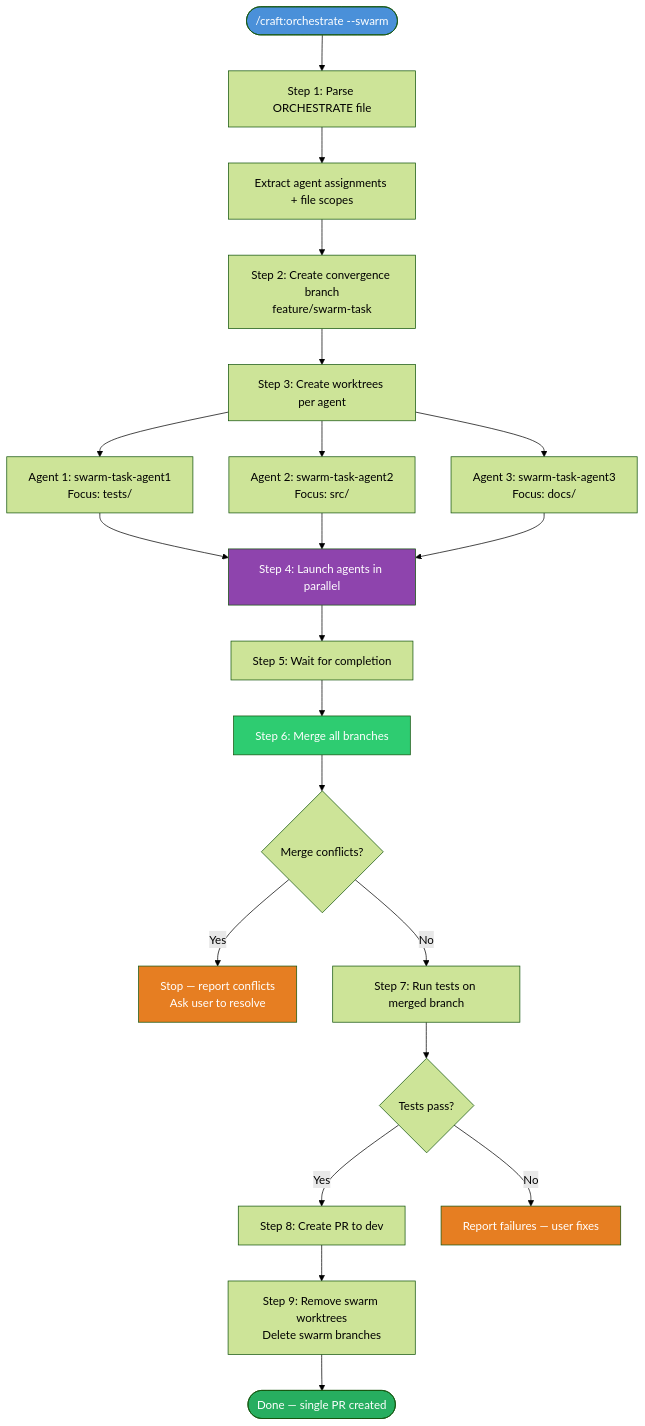
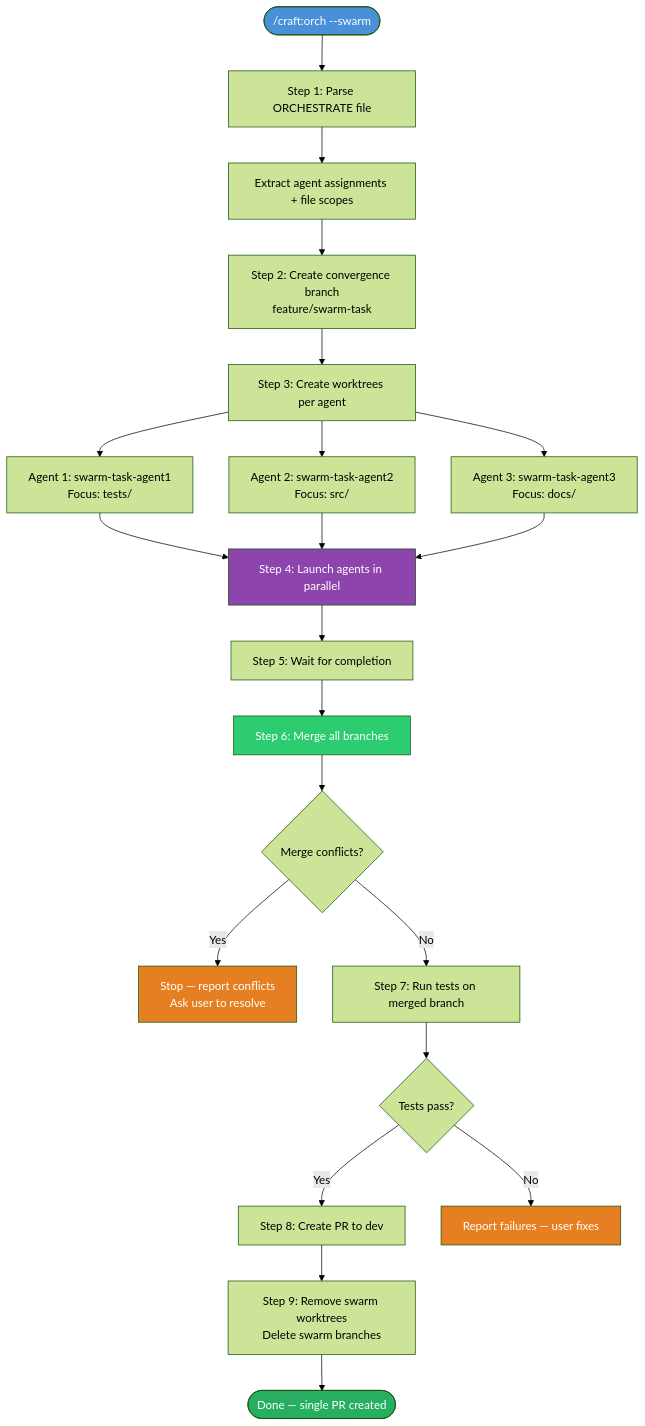
Before and after one commit to Data-Wise/craft: the seventh of 8 diagrams in docs/guide/insights-improvements-guide.md, drawn with Mermaid (forest theme). The commit also changed other lines of this file and 98 other files, not shown here.

````diff
--- a/docs/guide/insights-improvements-guide.md
+++ b/docs/guide/insights-improvements-guide.md
@@ -295,33 +295,33 @@
 ```mermaid
 flowchart TD
-    Start(["/craft:orchestrate --swarm"]) --> Parse[Step 1: Parse ORCHESTRATE file]
+    Start(["/craft:orch --swarm"]) --> Parse[Step 1: Parse ORCHESTRATE file]
     Parse --> Plan[Extract agent assignments + file scopes]
     Plan --> Base["Step 2: Create convergence branch\nfeature/swarm-task"]
 
     Base --> Agents[Step 3: Create worktrees per agent]
     Agents --> W1["Agent 1: swarm-task-agent1\nFocus: tests/"]
     Agents --> W2["Agent 2: swarm-task-agent2\nFocus: src/"]
     Agents --> W3["Agent 3: swarm-task-agent3\nFocus: docs/"]
 
     W1 --> Launch[Step 4: Launch agents in parallel]
     W2 --> Launch
     W3 --> Launch
 
     Launch --> Wait[Step 5: Wait for completion]
     Wait --> Converge[Step 6: Merge all branches]
     Converge --> M1{Merge conflicts?}
     M1 -->|Yes| Conflict["Stop — report conflicts\nAsk user to resolve"]
     M1 -->|No| Test[Step 7: Run tests on merged branch]
     Test --> T1{Tests pass?}
     T1 -->|Yes| PR["Step 8: Create PR to dev"]
     T1 -->|No| Fix["Report failures — user fixes"]
     PR --> Cleanup["Step 9: Remove swarm worktrees\nDelete swarm branches"]
     Cleanup --> Done([Done — single PR created])
 
     style Start fill:#4A90D9,color:#fff
     style Done fill:#27AE60,color:#fff
     style Conflict fill:#E67E22,color:#fff
     style Fix fill:#E67E22,color:#fff
     style Launch fill:#8E44AD,color:#fff
     style Converge fill:#2ECC71,color:#fff
 ```
````
